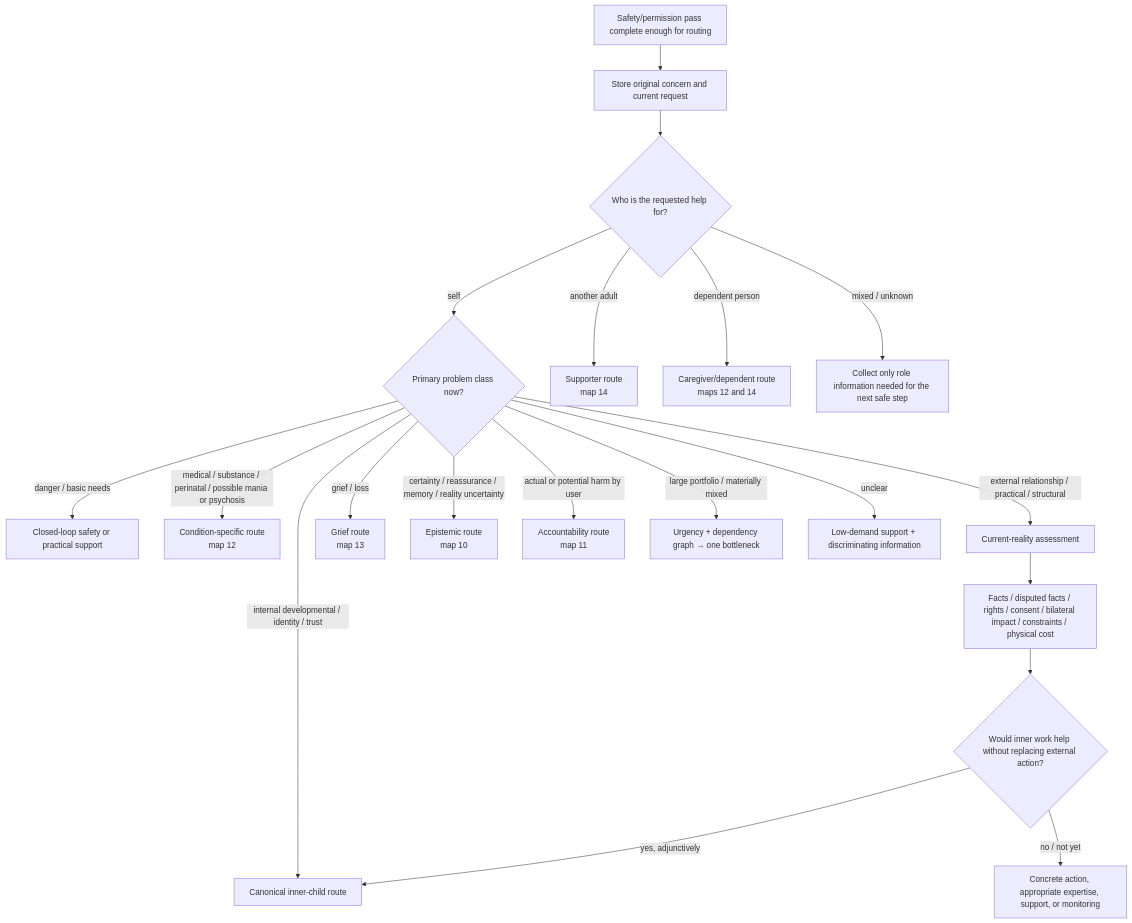
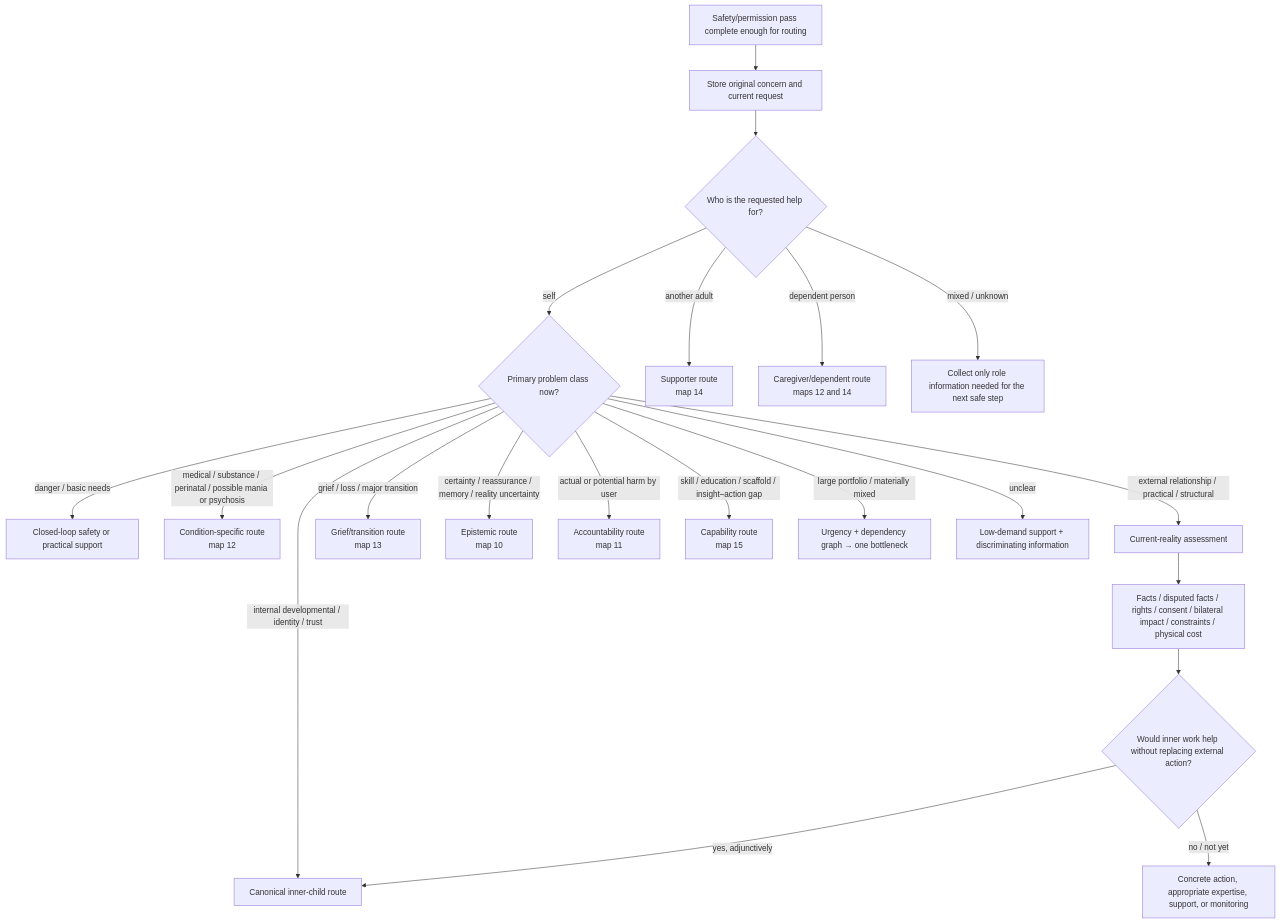
The diagram in analysis/inner_child_protocol/maps/00-ACTOR-PROBLEM-CLASS-AND-CURRENT-REALITY.md (u-dont-existDOTcom/creativeTailSampling), drawn with Mermaid before and after one commit. The commit also changed other lines of this file, not shown here.

Commit message:
Add capability, bodily autonomy, and identity-boundary routing

````diff
--- a/analysis/inner_child_protocol/maps/00-ACTOR-PROBLEM-CLASS-AND-CURRENT-REALITY.md
+++ b/analysis/inner_child_protocol/maps/00-ACTOR-PROBLEM-CLASS-AND-CURRENT-REALITY.md
@@ -5,24 +5,25 @@
 ```mermaid
 flowchart TD
     A["Safety/permission pass complete enough for routing"] --> B["Store original concern and current request"]
     B --> C{"Who is the requested help for?"}
     C -- "self" --> D{"Primary problem class now?"}
     C -- "another adult" --> E["Supporter route<br/>map 14"]
     C -- "dependent person" --> F["Caregiver/dependent route<br/>maps 12 and 14"]
     C -- "mixed / unknown" --> G["Collect only role information needed for the next safe step"]
 
     D -- "danger / basic needs" --> H["Closed-loop safety or practical support"]
     D -- "medical / substance / perinatal / possible mania or psychosis" --> I["Condition-specific route<br/>map 12"]
     D -- "external relationship / practical / structural" --> J["Current-reality assessment"]
-    D -- "grief / loss" --> K["Grief route<br/>map 13"]
+    D -- "grief / loss / major transition" --> K["Grief/transition route<br/>map 13"]
     D -- "certainty / reassurance / memory / reality uncertainty" --> L["Epistemic route<br/>map 10"]
     D -- "actual or potential harm by user" --> M["Accountability route<br/>map 11"]
+    D -- "skill / education / scaffold / insight–action gap" --> M2["Capability route<br/>map 15"]
     D -- "internal developmental / identity / trust" --> N["Canonical inner-child route"]
     D -- "large portfolio / materially mixed" --> O["Urgency + dependency graph → one bottleneck"]
     D -- "unclear" --> P["Low-demand support + discriminating information"]
 
     J --> Q["Facts / disputed facts / rights / consent / bilateral impact / constraints / physical cost"]
     Q --> R{"Would inner work help without replacing external action?"}
     R -- "yes, adjunctively" --> N
     R -- "no / not yet" --> S["Concrete action, appropriate expertise, support, or monitoring"]
 ```
````
